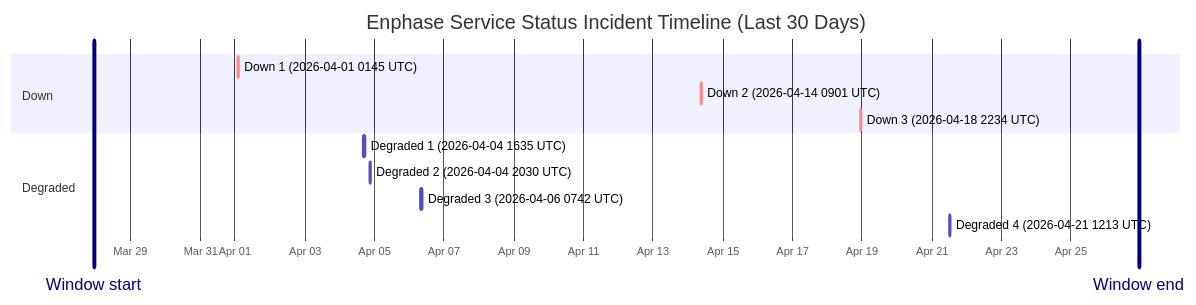
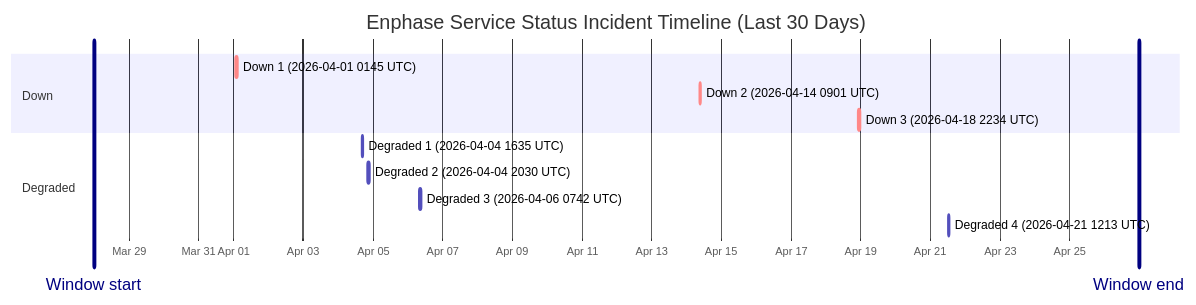
Before and after one commit to barneyonline/ha-enphase-ev-charger: the diagram in wiki/Service-Status-History.md, drawn with Mermaid. The commit also changed other lines of this file and 3 other files, not shown here.

````diff
--- a/wiki/Service-Status-History.md
+++ b/wiki/Service-Status-History.md
@@ -14,17 +14,17 @@
 ```mermaid
 gantt
     title Enphase Service Status Incident Timeline (Last 30 Days)
     dateFormat  YYYY-MM-DDTHH:mm:ss
     axisFormat  %b %d
-    Window start :vert, window-start, 2026-03-27T22:37:03, 0ms
-    Window end :vert, window-end, 2026-04-26T22:37:03, 0ms
+    Window start :vert, window-start, 2026-03-27T23:37:38, 0ms
+    Window end :vert, window-end, 2026-04-26T23:37:38, 0ms
     section Down
     Down 1 (2026-04-01 0145 UTC) :crit, down-1, 2026-04-01T01:45:09, 60m
     Down 2 (2026-04-14 0901 UTC) :crit, down-2, 2026-04-14T09:01:13, 60m
     Down 3 (2026-04-18 2234 UTC) :crit, down-3, 2026-04-18T22:34:13, 60m
     section Degraded
     Degraded 1 (2026-04-04 1635 UTC) :active, degraded-1, 2026-04-04T16:35:17, 60m
     Degraded 2 (2026-04-04 2030 UTC) :active, degraded-2, 2026-04-04T20:30:40, 60m
     Degraded 3 (2026-04-06 0742 UTC) :active, degraded-3, 2026-04-06T07:42:09, 85m
     Degraded 4 (2026-04-21 1213 UTC) :active, degraded-4, 2026-04-21T12:13:11, 60m
 ```
````
